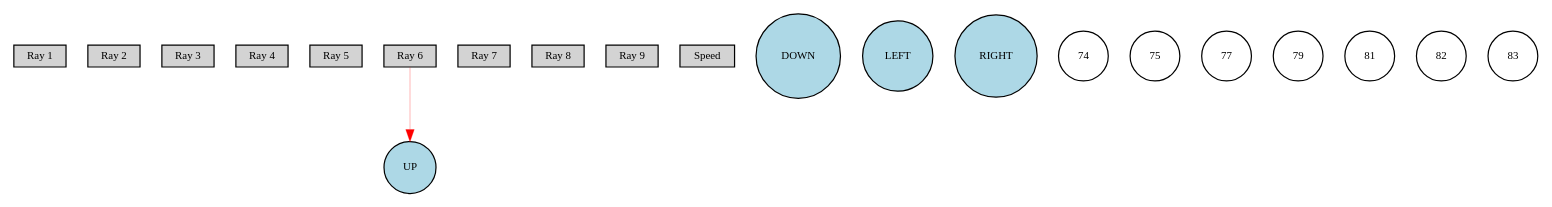
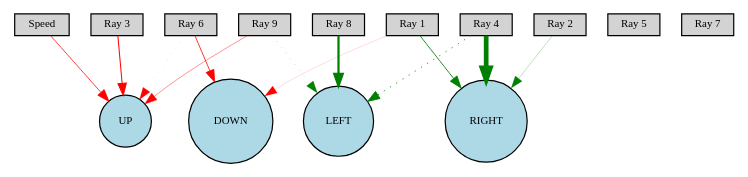
Before and after one commit to kavinraj-95/NEAT-drive2.0: the diagram in winner-net.gv, drawn with Graphviz. The commit also changed 65 other files, not shown here.

```diff
--- a/winner-net.gv
+++ b/winner-net.gv
@@ -1,25 +1,29 @@
 digraph {
 	node [fontsize=9 height=0.2 shape=circle width=0.2]
 	"Ray 1" [fillcolor=lightgray shape=box style=filled]
 	"Ray 2" [fillcolor=lightgray shape=box style=filled]
 	"Ray 3" [fillcolor=lightgray shape=box style=filled]
 	"Ray 4" [fillcolor=lightgray shape=box style=filled]
 	"Ray 5" [fillcolor=lightgray shape=box style=filled]
 	"Ray 6" [fillcolor=lightgray shape=box style=filled]
 	"Ray 7" [fillcolor=lightgray shape=box style=filled]
 	"Ray 8" [fillcolor=lightgray shape=box style=filled]
 	"Ray 9" [fillcolor=lightgray shape=box style=filled]
 	Speed [fillcolor=lightgray shape=box style=filled]
 	UP [fillcolor=lightblue style=filled]
 	DOWN [fillcolor=lightblue style=filled]
 	LEFT [fillcolor=lightblue style=filled]
 	RIGHT [fillcolor=lightblue style=filled]
-	74 [fillcolor=white style=filled]
-	75 [fillcolor=white style=filled]
-	77 [fillcolor=white style=filled]
-	79 [fillcolor=white style=filled]
-	81 [fillcolor=white style=filled]
-	82 [fillcolor=white style=filled]
-	83 [fillcolor=white style=filled]
-	"Ray 6" -> UP [color=red penwidth=0.24191554126269038 style=solid]
+	"Ray 6" -> DOWN [color=red penwidth=0.6676477393787144 style=solid]
+	"Ray 8" -> LEFT [color=green penwidth=1.8505917605090176 style=solid]
+	"Ray 4" -> RIGHT [color=green penwidth=3.8905752174874495 style=solid]
+	"Ray 2" -> RIGHT [color=green penwidth=0.20748302266340105 style=solid]
+	"Ray 9" -> LEFT [color=green penwidth=0.19120865480461186 style=dotted]
+	Speed -> UP [color=red penwidth=0.6116156114338624 style=solid]
+	"Ray 9" -> UP [color=red penwidth=0.35018229807575174 style=solid]
+	"Ray 6" -> UP [color=red penwidth=0.11170376622335398 style=dotted]
+	"Ray 4" -> LEFT [color=green penwidth=0.6890232109549911 style=dotted]
+	"Ray 3" -> UP [color=red penwidth=0.8433723962801386 style=solid]
+	"Ray 1" -> RIGHT [color=green penwidth=0.711847890936372 style=solid]
+	"Ray 1" -> DOWN [color=red penwidth=0.12198062498663209 style=solid]
 }
```
